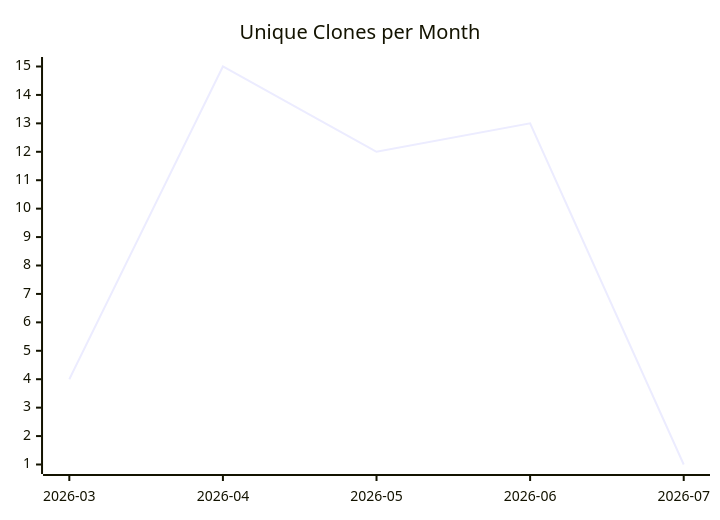
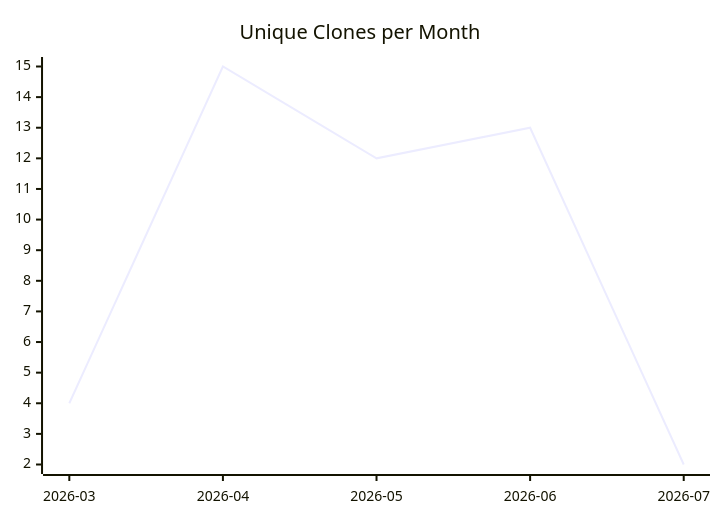
The third of 3 diagrams in karlmdavis/ansible-role-bind-dns/README.md (justdavis-family/github-analytics-data), drawn with Mermaid before and after one commit. The commit also changed other lines of this file and 185 other files, not shown here.

````diff
--- a/karlmdavis/ansible-role-bind-dns/README.md
+++ b/karlmdavis/ansible-role-bind-dns/README.md
@@ -19,6 +19,6 @@
 ```mermaid
 xychart-beta
   title "Unique Clones per Month"
   x-axis ["2026-03", "2026-04", "2026-05", "2026-06", "2026-07"]
-  line [4, 15, 12, 13, 1]
+  line [4, 15, 12, 13, 2]
 ```
````
